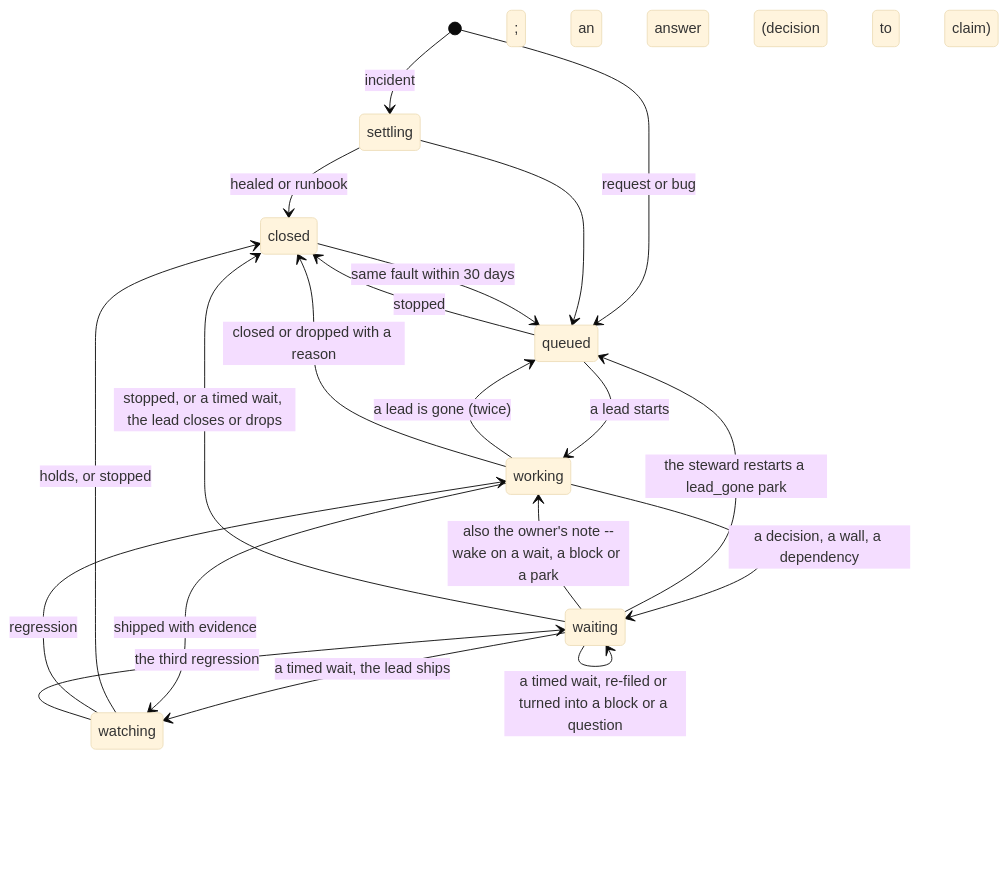
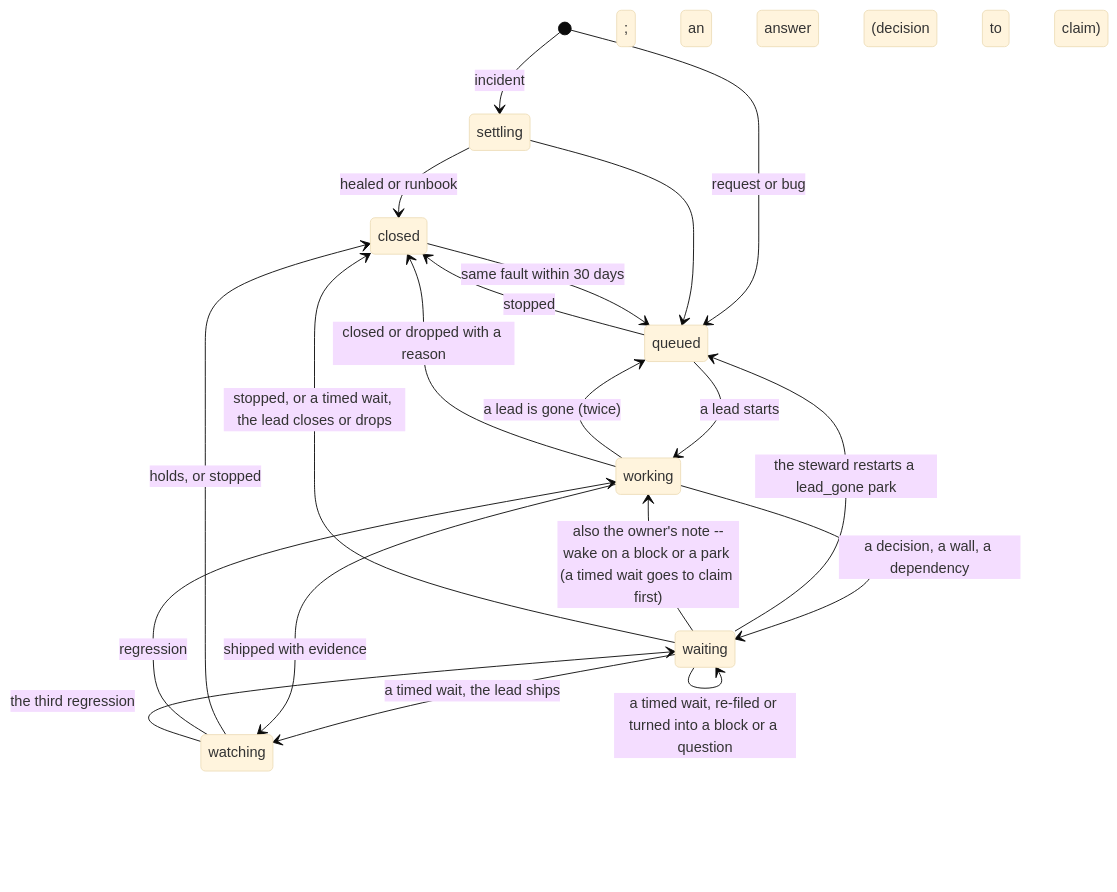
Before and after one commit to jkrumm/software-factory: the second of 2 diagrams in docs/design.md, drawn with Mermaid (base theme). The commit also changed other lines of this file and 2 other files, not shown here.

First line of the commit message:
fix(lead): a note to a lead in a timed wait is held until it has its repo's place again

````diff
--- a/docs/design.md
+++ b/docs/design.md
@@ -597,22 +597,22 @@
 ```mermaid
 stateDiagram-v2
   [*] --> settling: incident
   [*] --> queued: request or bug
   settling --> closed: healed or runbook
   settling --> queued
   queued --> working: a lead starts
   queued --> closed: stopped
   working --> waiting: a decision, a wall, a dependency
   working --> queued: a lead is gone (twice)
   waiting --> queued: the steward restarts a lead_gone park
-  waiting --> working: also the owner's note --wake on a wait, a block or a park
+  waiting --> working: also the owner's note --wake on a block or a park (a timed wait goes to claim first)
   waiting --> waiting: a timed wait, re-filed or turned into a block or a question; an answer (decision to claim)
   waiting --> watching: a timed wait, the lead ships
   waiting --> closed: stopped, or a timed wait, the lead closes or drops
   working --> watching: shipped with evidence
   working --> closed: closed or dropped with a reason
   watching --> closed: holds, or stopped
   watching --> working: regression
   watching --> waiting: the third regression
   closed --> queued: same fault within 30 days
 ```
````
